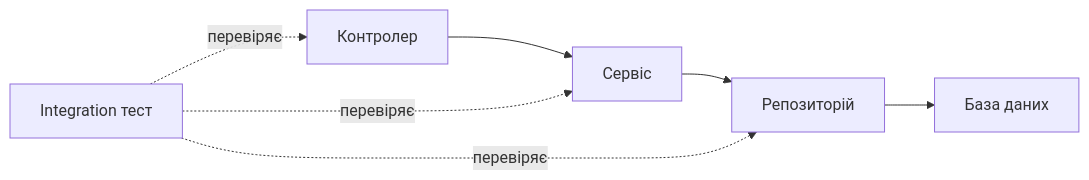
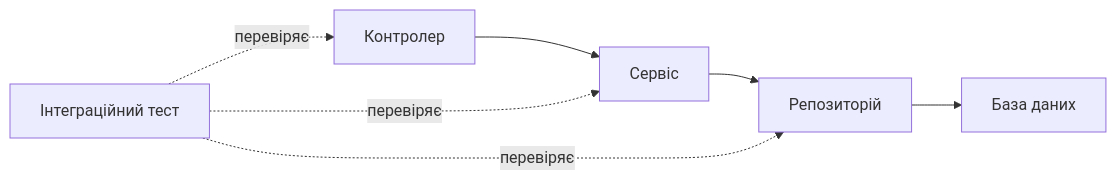
Before and after one commit to olroi421/course-opi-v2: the second of 5 diagrams in lectures/lecture-12.md, drawn with Mermaid. The commit also changed other lines of this file and 9 other files, not shown here.

````diff
--- a/lectures/lecture-12.md
+++ b/lectures/lecture-12.md
@@ -158,10 +242,10 @@
 ```mermaid
 graph LR
     A[Контролер] --> B[Сервіс]
     B --> C[Репозиторій]
     C --> D[База даних]
 
-    E[Integration тест] -.->|перевіряє| A
+    E[Інтеграційний тест] -.->|перевіряє| A
     E -.->|перевіряє| B
     E -.->|перевіряє| C
 ```
````
